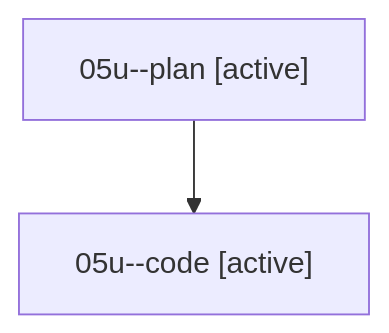
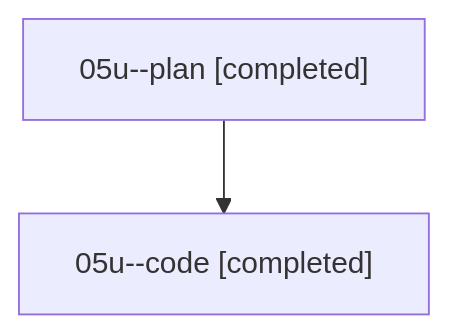
The diagram in families/bbugyi200.athena.05u.md (sase-org/sase--agents), drawn with Mermaid before and after one commit. The commit also changed other lines of this file and 46 other files, not shown here.

````diff
--- a/families/bbugyi200.athena.05u.md
+++ b/families/bbugyi200.athena.05u.md
@@ -9,6 +9,6 @@
 ```mermaid
 flowchart TD
-  n0["05u--plan [active]"]
-  n1["05u--code [active]"]
+  n0["05u--plan [completed]"]
+  n1["05u--code [completed]"]
   n0 --> n1
 ```
````
